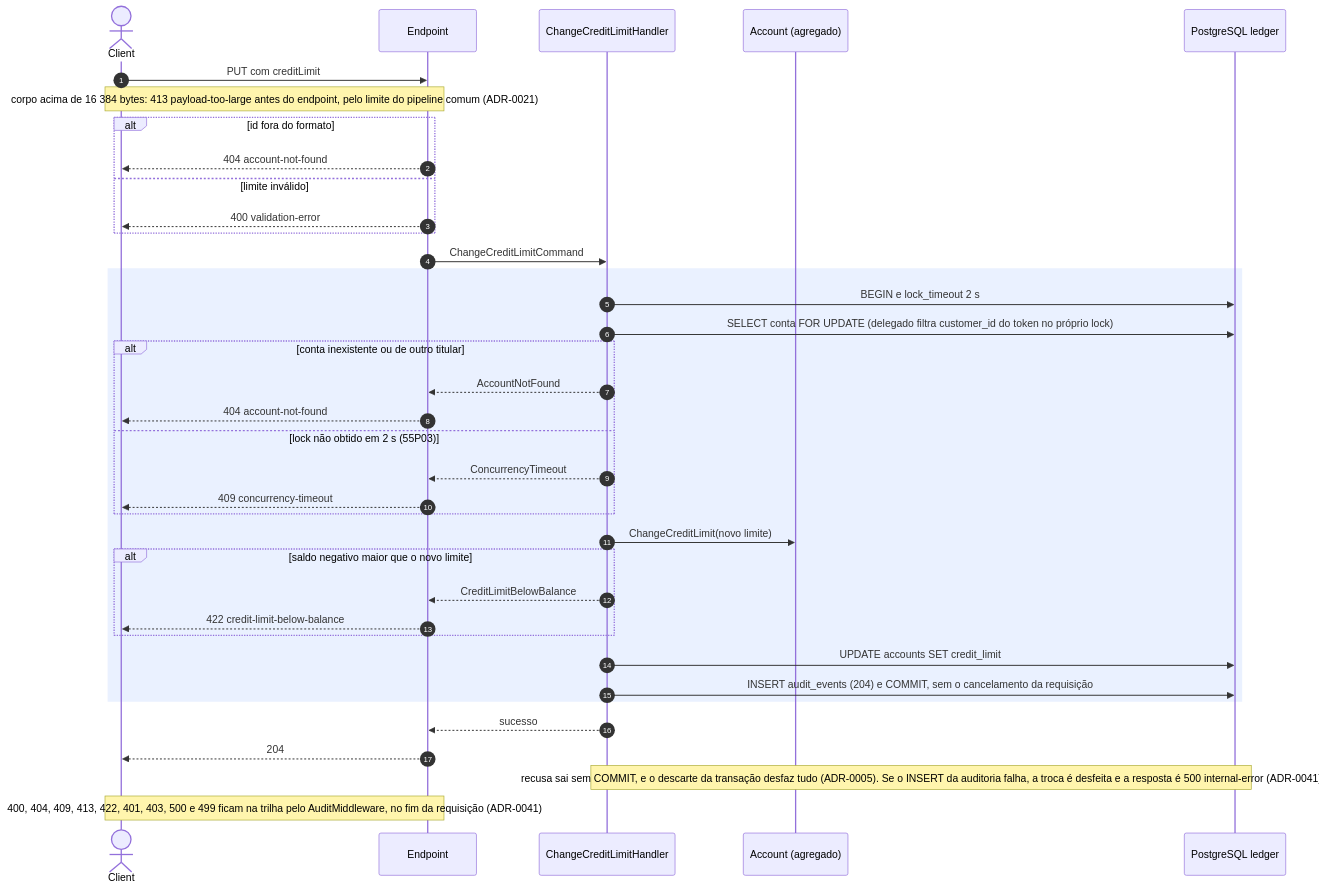
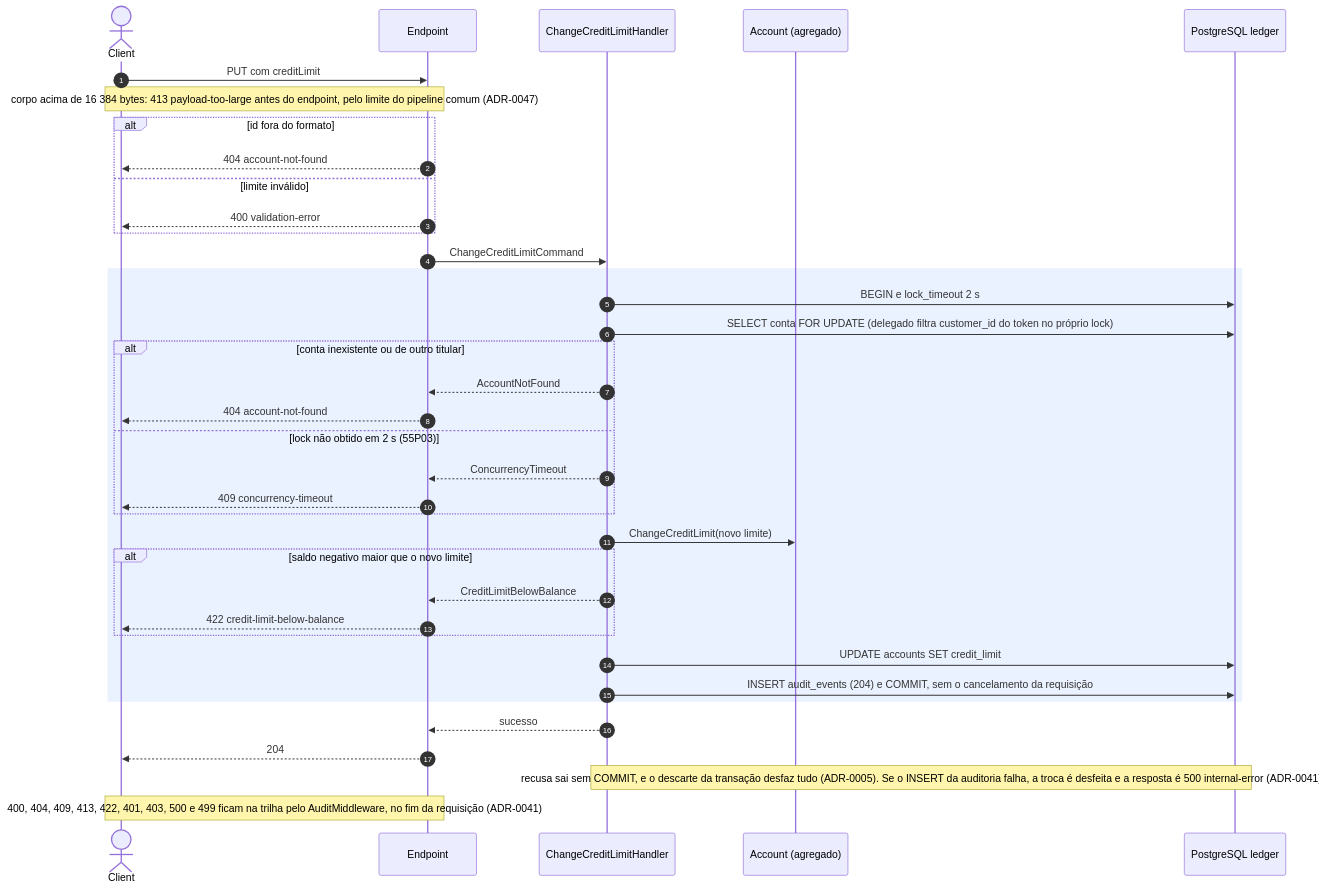
One commit to arthuurw/desafio-arquiteto-keyrus changed the fourth of 8 diagrams in docs/arquitetura/fluxos-ledger.md. Above: the diagram before and after it, drawn with Mermaid. The commit also changed 6 other files, not shown here.

````diff
--- a/docs/arquitetura/fluxos-ledger.md
+++ b/docs/arquitetura/fluxos-ledger.md
@@ -172,40 +172,40 @@
 ```mermaid
 sequenceDiagram
   autonumber
   actor C as Client
   participant E as Endpoint
   participant H as ChangeCreditLimitHandler
   participant A as Account (agregado)
   participant DB as PostgreSQL ledger
 
   C->>E: PUT com creditLimit
-  Note over C,E: corpo acima de 16 384 bytes: 413 payload-too-large antes do endpoint, pelo limite do pipeline comum (ADR-0021)
+  Note over C,E: corpo acima de 16 384 bytes: 413 payload-too-large antes do endpoint, pelo limite do pipeline comum (ADR-0047)
   alt id fora do formato
     E-->>C: 404 account-not-found
   else limite inválido
     E-->>C: 400 validation-error
   end
   E->>H: ChangeCreditLimitCommand
   rect rgba(80, 140, 255, 0.12)
     H->>DB: BEGIN e lock_timeout 2 s
     H->>DB: SELECT conta FOR UPDATE (delegado filtra customer_id do token no próprio lock)
     alt conta inexistente ou de outro titular
       H-->>E: AccountNotFound
       E-->>C: 404 account-not-found
     else lock não obtido em 2 s (55P03)
       H-->>E: ConcurrencyTimeout
       E-->>C: 409 concurrency-timeout
     end
     H->>A: ChangeCreditLimit(novo limite)
     alt saldo negativo maior que o novo limite
       H-->>E: CreditLimitBelowBalance
       E-->>C: 422 credit-limit-below-balance
     end
     H->>DB: UPDATE accounts SET credit_limit
     H->>DB: INSERT audit_events (204) e COMMIT, sem o cancelamento da requisição
   end
   H-->>E: sucesso
   E-->>C: 204
   Note over H,DB: recusa sai sem COMMIT, e o descarte da transação desfaz tudo (ADR-0005). Se o INSERT da auditoria falha, a troca é desfeita e a resposta é 500 internal-error (ADR-0041)
   Note over C,E: 400, 404, 409, 413, 422, 401, 403, 500 e 499 ficam na trilha pelo AuditMiddleware, no fim da requisição (ADR-0041)
 ```
````
